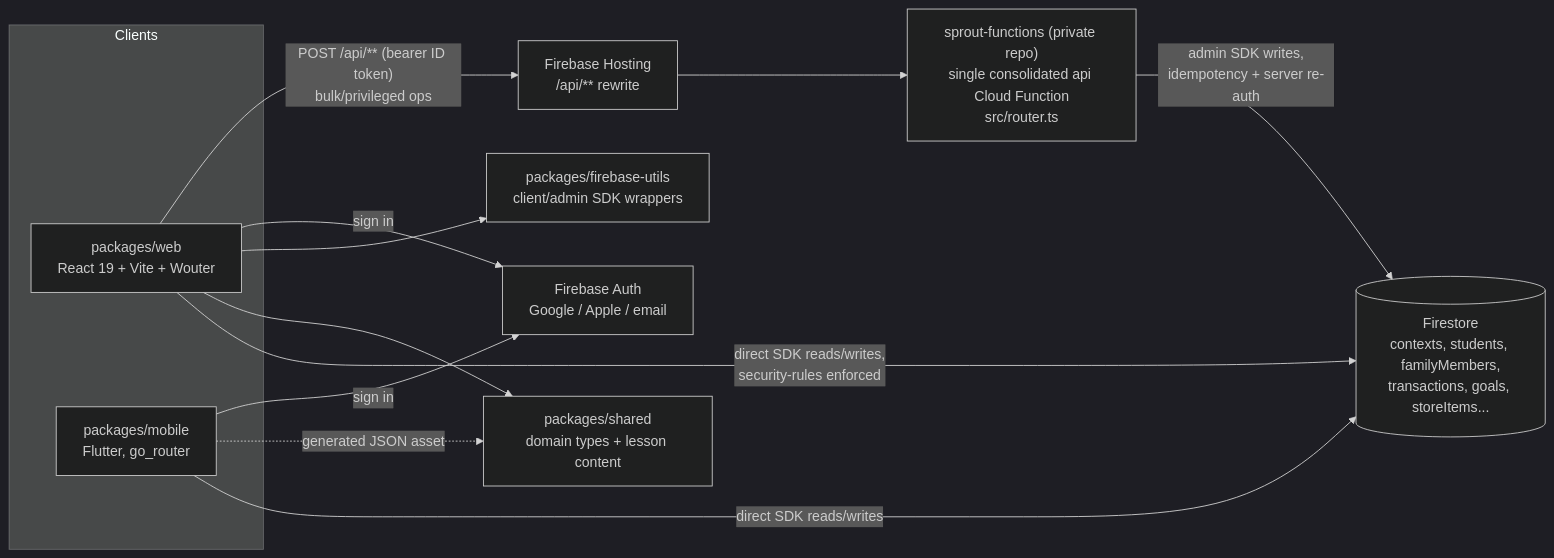
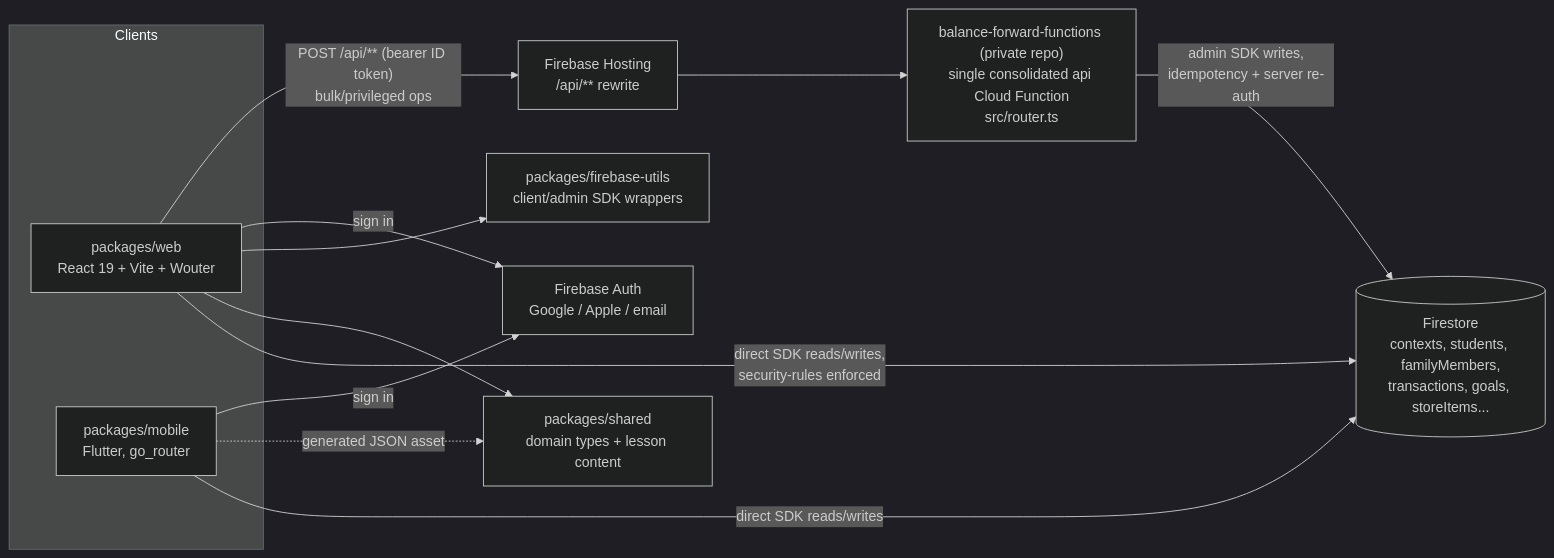
Before and after one commit to NelsonGrey/balance-forward: the diagram in README.md, drawn with Mermaid (dark theme). The commit also changed other lines of this file and 160 other files, not shown here.

First line of the commit message:
Rename Sprout Streak to Balance Forward across code, IDs and config

````diff
--- a/README.md
+++ b/README.md
@@ -39,24 +39,24 @@
 ```mermaid
 flowchart LR
   subgraph Clients
     Web["packages/web\nReact 19 + Vite + Wouter"]
     Mobile["packages/mobile\nFlutter, go_router"]
   end
   Shared["packages/shared\ndomain types + lesson content"]
   FBUtils["packages/firebase-utils\nclient/admin SDK wrappers"]
   Auth["Firebase Auth\nGoogle / Apple / email"]
   Firestore[("Firestore\ncontexts, students, familyMembers,\ntransactions, goals, storeItems...")]
   Hosting["Firebase Hosting\n/api/** rewrite"]
-  API["sprout-functions (private repo)\nsingle consolidated api Cloud Function\nsrc/router.ts"]
+  API["balance-forward-functions (private repo)\nsingle consolidated api Cloud Function\nsrc/router.ts"]
 
   Web -- "direct SDK reads/writes,\nsecurity-rules enforced" --> Firestore
   Mobile -- "direct SDK reads/writes" --> Firestore
   Web --> Shared
   Mobile -. "generated JSON asset" .-> Shared
   Web --> FBUtils
   Web -- "sign in" --> Auth
   Mobile -- "sign in" --> Auth
   Web -- "POST /api/** (bearer ID token)\nbulk/privileged ops" --> Hosting
   Hosting --> API
   API -- "admin SDK writes,\nidempotency + server re-auth" --> Firestore
 ```
````
